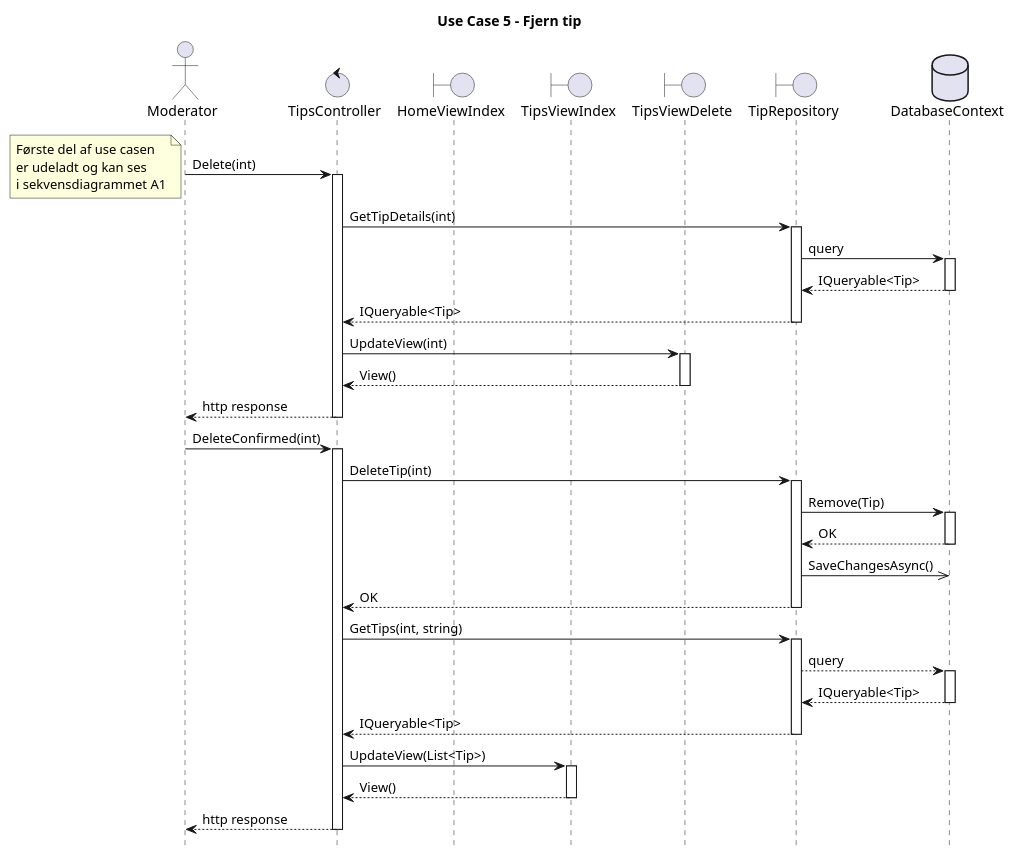
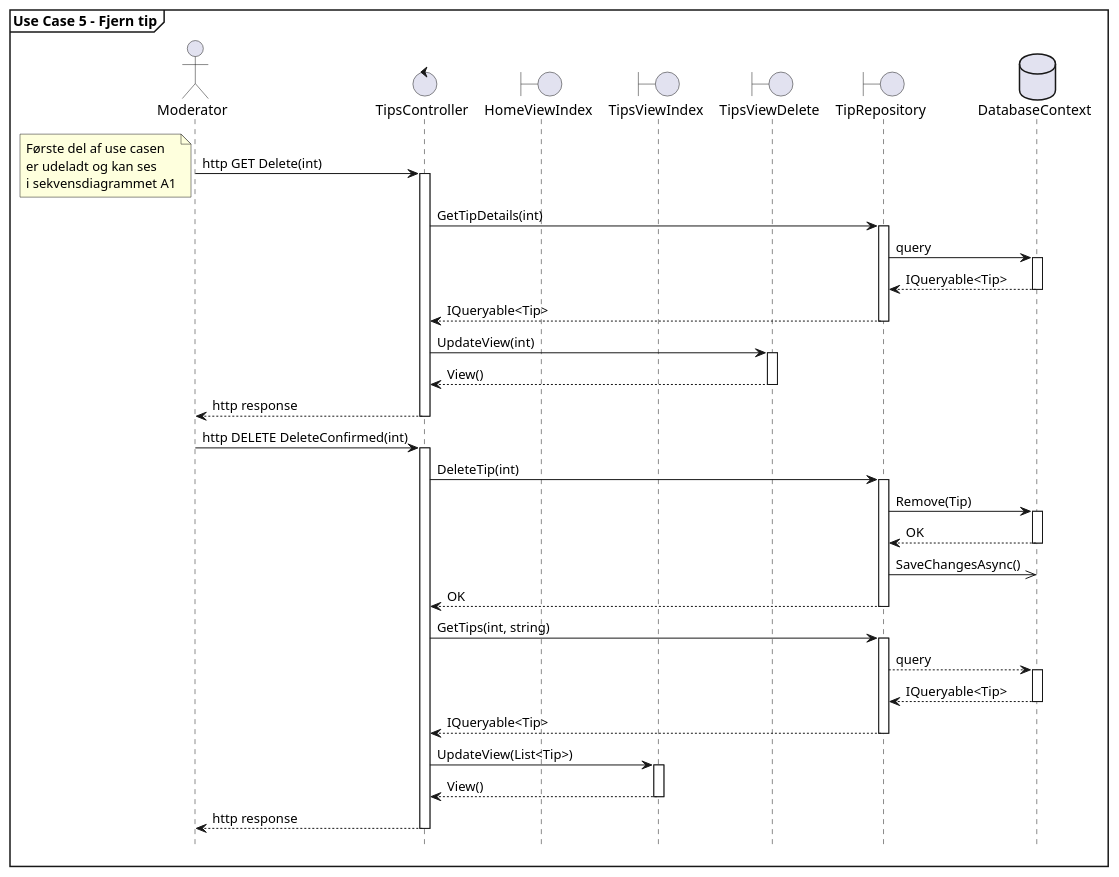
The diagram in plantuml/Sequence Diagrams/Design/UC5.puml (I4PRJ4/I4PRJ4-plantuml), drawn with PlantUML before and after one commit.

```diff
--- a/plantuml/Sequence Diagrams/Design/UC5.puml
+++ b/plantuml/Sequence Diagrams/Design/UC5.puml
@@ -1,83 +1,84 @@
 @startuml
-title Use Case 5 - Fjern tip
+
+mainframe **Use Case 5 - Fjern tip**
 
 actor       Moderator       as mod
 control       TipsController       as tipscont
 boundary       HomeViewIndex       as homeindex
 boundary       TipsViewIndex       as tipsindex
 boundary       TipsViewDelete       as tipsdelete
 boundary       TipRepository       as tipsrepo
 database       DatabaseContext       as db
 
 
-mod -> tipscont: Delete(int)
+mod -> tipscont: http GET Delete(int)
 
 note left
 Første del af use casen
 er udeladt og kan ses
 i sekvensdiagrammet A1
 end note
 
 Activate tipscont
 tipscont -> tipsrepo: GetTipDetails(int)
 
 Activate tipsrepo
 tipsrepo -> db: query
 
 Activate db
 db --> tipsrepo: IQueryable<Tip>
 Deactivate db
 
 tipsrepo --> tipscont: IQueryable<Tip>
 Deactivate tipsrepo
 
 tipscont -> tipsdelete: UpdateView(int)
 
 Activate tipsdelete
 tipsdelete --> tipscont: View()
 Deactivate tipsdelete
 
 tipscont --> mod: http response
 Deactivate tipscont
 
-mod -> tipscont: DeleteConfirmed(int)
+mod -> tipscont: http DELETE DeleteConfirmed(int)
 
 Activate tipscont
 tipscont -> tipsrepo: DeleteTip(int)
 
 Activate tipsrepo
 tipsrepo -> db: Remove(Tip)
 
 Activate db
 db --> tipsrepo: OK
 Deactivate db
 
 tipsrepo ->> db: SaveChangesAsync()
 
 tipsrepo --> tipscont: OK
 Deactivate tipsrepo
 
 tipscont -> tipsrepo: GetTips(int, string)
 
 Activate tipsrepo
 tipsrepo --> db: query
 
 Activate db
 db --> tipsrepo: IQueryable<Tip>
 Deactivate db
 
 tipsrepo --> tipscont: IQueryable<Tip>
 Deactivate tipsrepo
 
 tipscont -> tipsindex: UpdateView(List<Tip>)
 
 Activate tipsindex
 tipsindex --> tipscont: View()
 Deactivate tipsindex
 
 tipscont --> mod: http response
 Deactivate tipscont
 
 
 hide footbox
 @enduml
```
